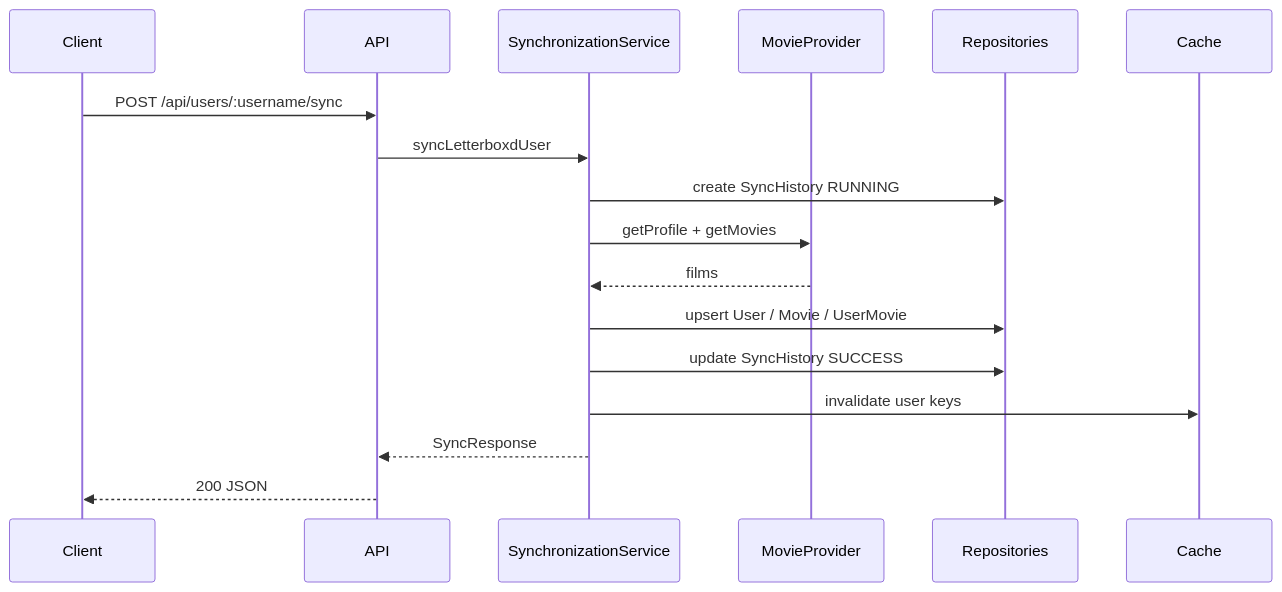
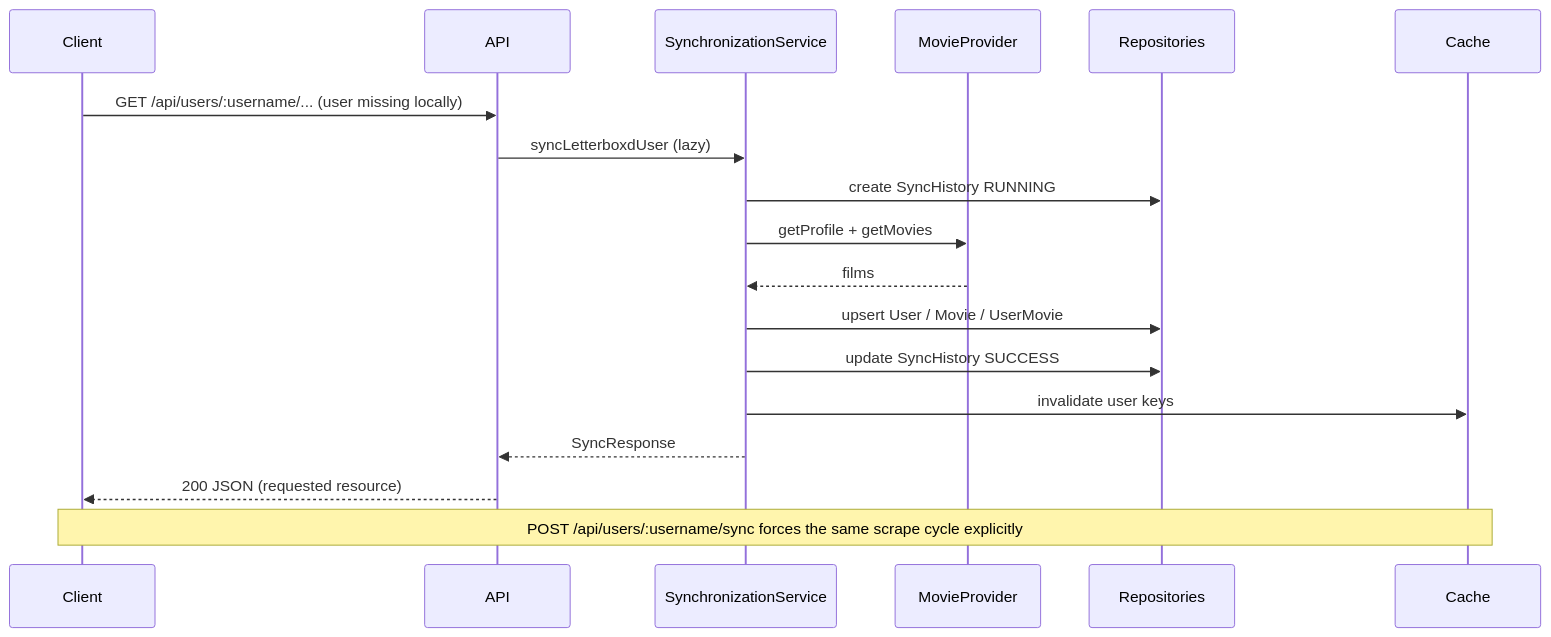
One commit to NemoKing1210/letterboxd-api changed the second of 2 diagrams in docs/architecture.md. Above: the diagram before and after it, drawn with Mermaid. The commit also changed other lines of this file and 23 other files, not shown here.

Commit message:
chore: Rename project from Letterboxd Intelligence API to Letterboxd API across documentation, configuration files, and services. Update version to 1.1.1 in package.json and reflect changes in CHANGELOG.

````diff
--- a/docs/architecture.md
+++ b/docs/architecture.md
@@ -36,20 +36,22 @@
 ```mermaid
 sequenceDiagram
   participant Client
   participant API
   participant Sync as SynchronizationService
   participant LB as MovieProvider
   participant DB as Repositories
   participant Cache
 
-  Client->>API: POST /api/users/:username/sync
-  API->>Sync: syncLetterboxdUser
+  Client->>API: GET /api/users/:username/... (user missing locally)
+  API->>Sync: syncLetterboxdUser (lazy)
   Sync->>DB: create SyncHistory RUNNING
   Sync->>LB: getProfile + getMovies
   LB-->>Sync: films
   Sync->>DB: upsert User / Movie / UserMovie
   Sync->>DB: update SyncHistory SUCCESS
   Sync->>Cache: invalidate user keys
   Sync-->>API: SyncResponse
-  API-->>Client: 200 JSON
+  API-->>Client: 200 JSON (requested resource)
+
+  Note over Client,Cache: POST /api/users/:username/sync forces the same scrape cycle explicitly
 ```
````
